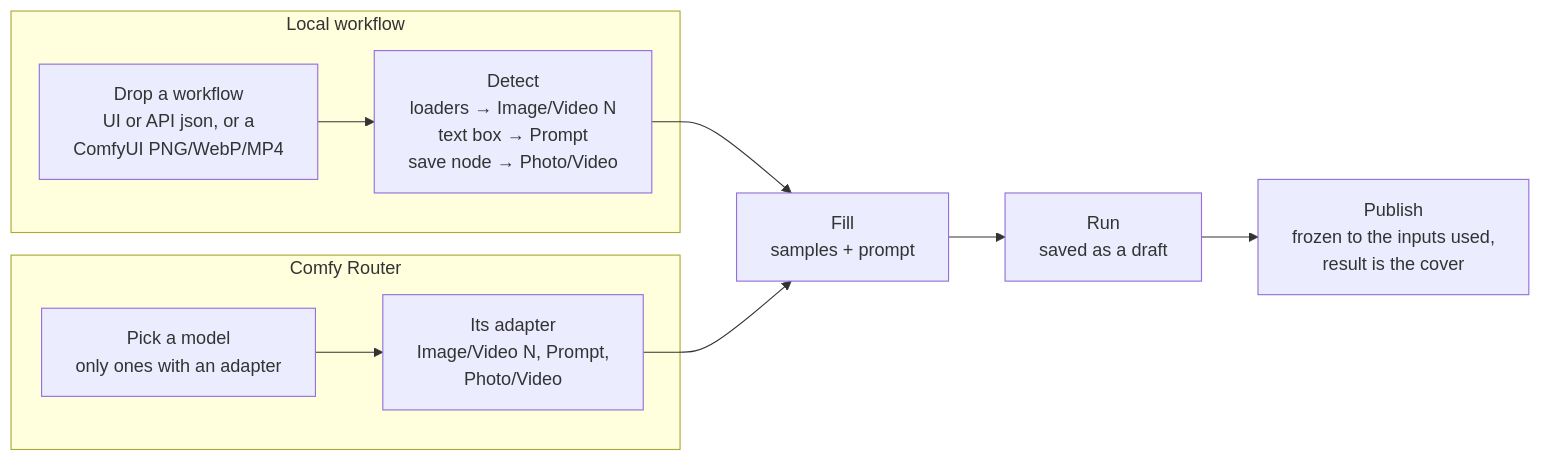
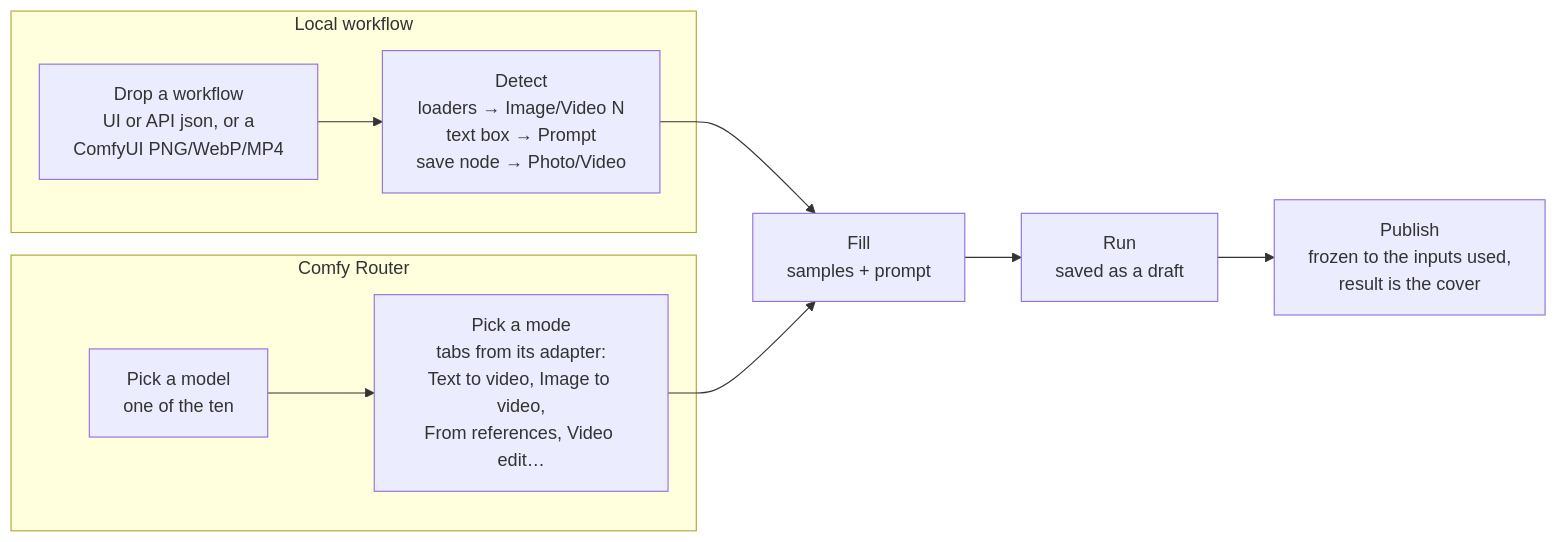
The third of 5 diagrams in README.md (GETHUK-BIGEMPEROR/OpenIllusion), drawn with Mermaid before and after one commit. The commit also changed other lines of this file and 44 other files, not shown here.

First line of the commit message:
Settle the design: mode tabs, header key status, model cards; drop legacy

````diff
--- a/README.md
+++ b/README.md
@@ -124,13 +250,13 @@
 ```mermaid
 flowchart LR
   subgraph Local["Local workflow"]
     D["Drop a workflow<br/>UI or API json, or a<br/>ComfyUI PNG/WebP/MP4"] --> DE["Detect<br/>loaders → Image/Video N<br/>text box → Prompt<br/>save node → Photo/Video"]
   end
   subgraph Cloud["Comfy Router"]
-    M["Pick a model<br/>only ones with an adapter"] --> AD["Its adapter<br/>Image/Video N, Prompt,<br/>Photo/Video"]
+    M["Pick a model<br/>one of the ten"] --> MO["Pick a mode<br/>tabs from its adapter:<br/>Text to video, Image to video,<br/>From references, Video edit…"]
   end
   DE --> F["Fill<br/>samples + prompt"]
-  AD --> F
+  MO --> F
   F --> RU["Run<br/>saved as a draft"]
   RU --> PU["Publish<br/>frozen to the inputs used,<br/>result is the cover"]
 ```
````
